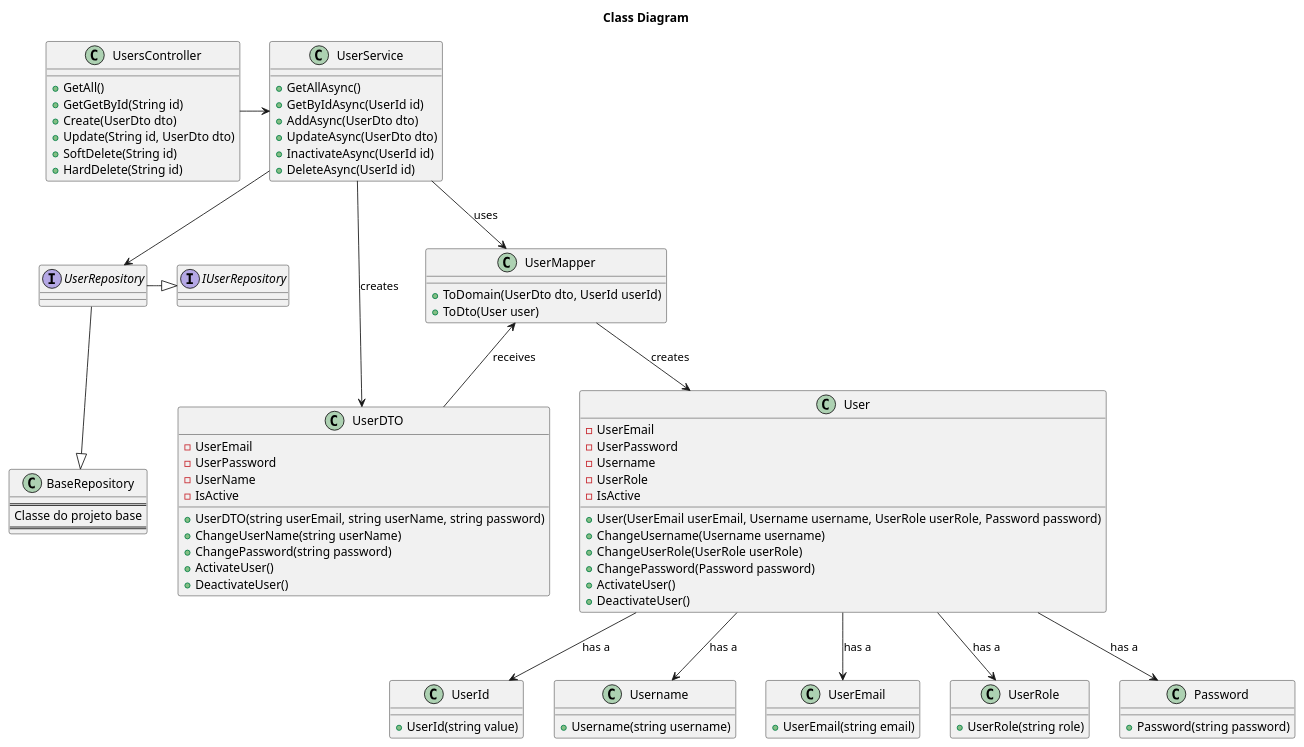
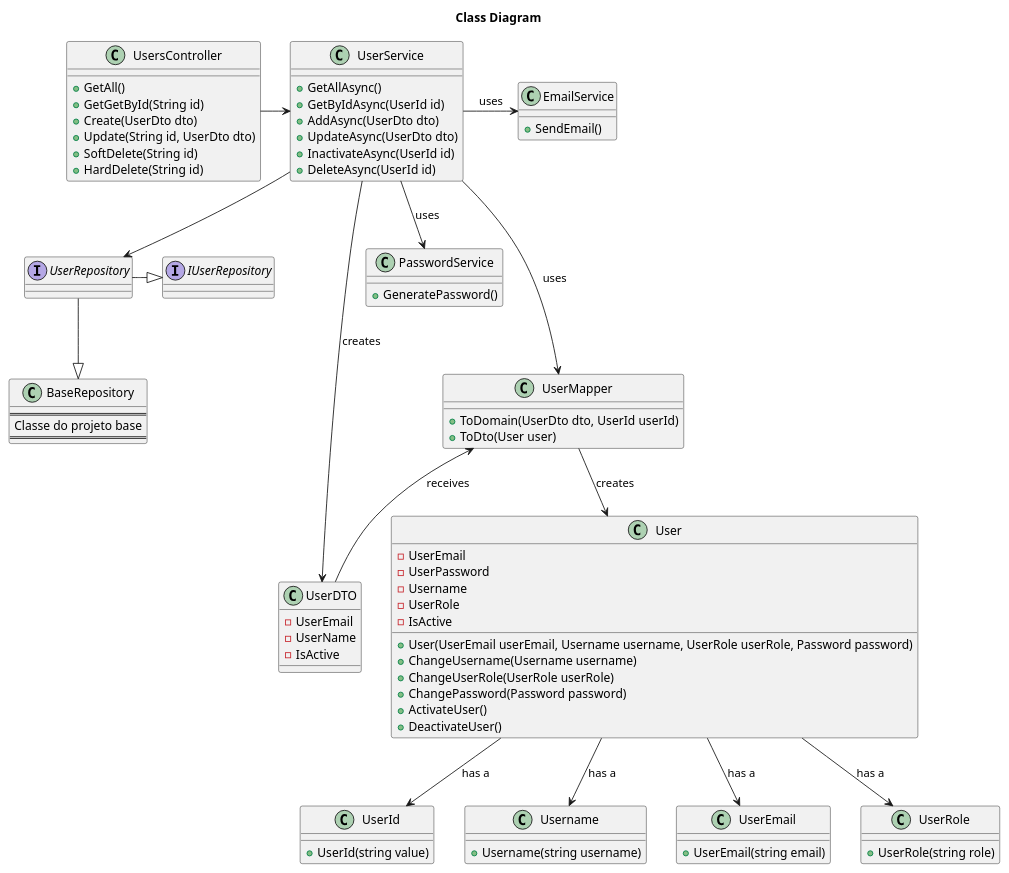
The diagram in docs/SprintA/1-register-backoffice-users/class-diagram.puml (MiguelCardoso77/SurgicalSync-BackEnd), drawn with PlantUML before and after one commit. The commit also changed 1 other file, not shown here.

Commit message:
#1 Updated Class Diagram

```diff
--- a/docs/SprintA/1-register-backoffice-users/class-diagram.puml
+++ b/docs/SprintA/1-register-backoffice-users/class-diagram.puml
@@ -1,103 +1,103 @@
 @startuml
 
 title Class Diagram
 
 class User {
     - UserEmail
     - UserPassword
     - Username
     - UserRole
     - IsActive
     + User(UserEmail userEmail, Username username, UserRole userRole, Password password)
     + ChangeUsername(Username username)
     + ChangeUserRole(UserRole userRole)
     + ChangePassword(Password password)
     + ActivateUser()
     + DeactivateUser()  
 }
 
 class UserDTO {
     - UserEmail
-    - UserPassword
     - UserName
     - IsActive
-    + UserDTO(string userEmail, string userName, string password)
-    + ChangeUserName(string userName)
-    + ChangePassword(string password)
-    + ActivateUser()
-    + DeactivateUser()
 }
 
 class UsersController {
     + GetAll()
     + GetGetById(String id)
     + Create(UserDto dto)
     + Update(String id, UserDto dto)
     + SoftDelete(String id)
     + HardDelete(String id)
 }
 
 class UserId {
     + UserId(string value)
 }
 
 class Username {
     + Username(string username)
 }
 
 class UserEmail {
     + UserEmail(string email)
 }
 
 class UserRole {
     + UserRole(string role)
 }
 
-class Password {
-    + Password(string password)
-}
-
 class UserService {
     + GetAllAsync()
     + GetByIdAsync(UserId id)
     + AddAsync(UserDto dto)
     + UpdateAsync(UserDto dto)
     + InactivateAsync(UserId id)
     + DeleteAsync(UserId id)
+}
+
+class PasswordService {
+    + GeneratePassword()
+}
+
+class EmailService {
+    + SendEmail()
 }
 
 interface IUserRepository {
 }
 
 interface UserRepository {
 }
 
 class BaseRepository {
     ====
     Classe do projeto base
     ====
 }
 
 class UserMapper {
     + ToDomain(UserDto dto, UserId userId)
     + ToDto(User user)
 }
 
 UsersController -> UserService
-UserService --> UserMapper : uses
-UserService -> UserDTO : creates
+UserService ---> UserMapper : uses
+UserService --> UserDTO : creates
+
+UserService --> PasswordService : uses
+UserService -> EmailService : uses
 
 UserMapper <-- UserDTO : receives
 UserMapper --> User : creates
 
 User --> UserId : has a
 User --> Username : has a
 User --> UserEmail : has a
 User --> UserRole : has a
-User --> Password : has a
 
 UserService --> UserRepository
 UserRepository --|> BaseRepository
 UserRepository -|> IUserRepository
 
 @enduml
```
